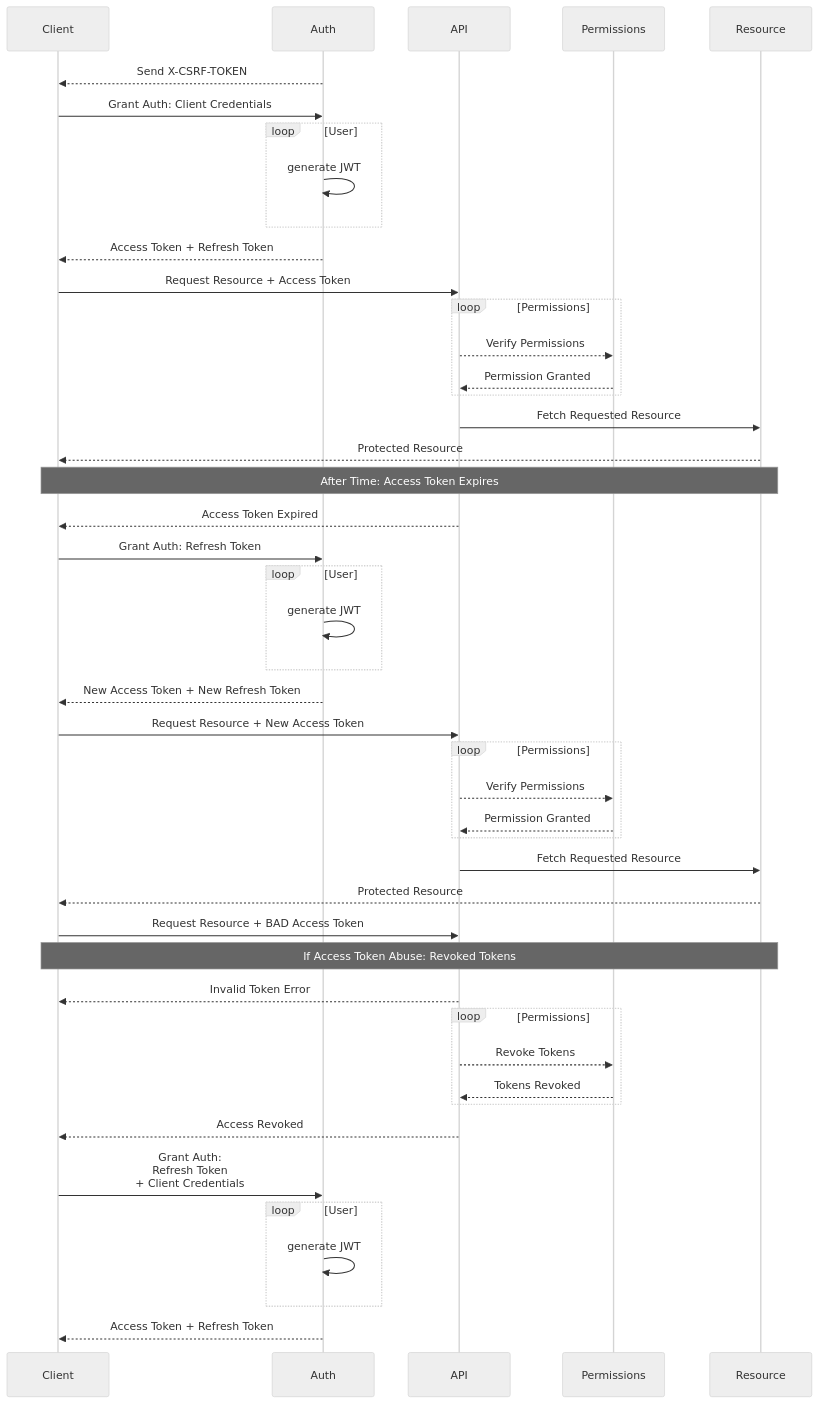
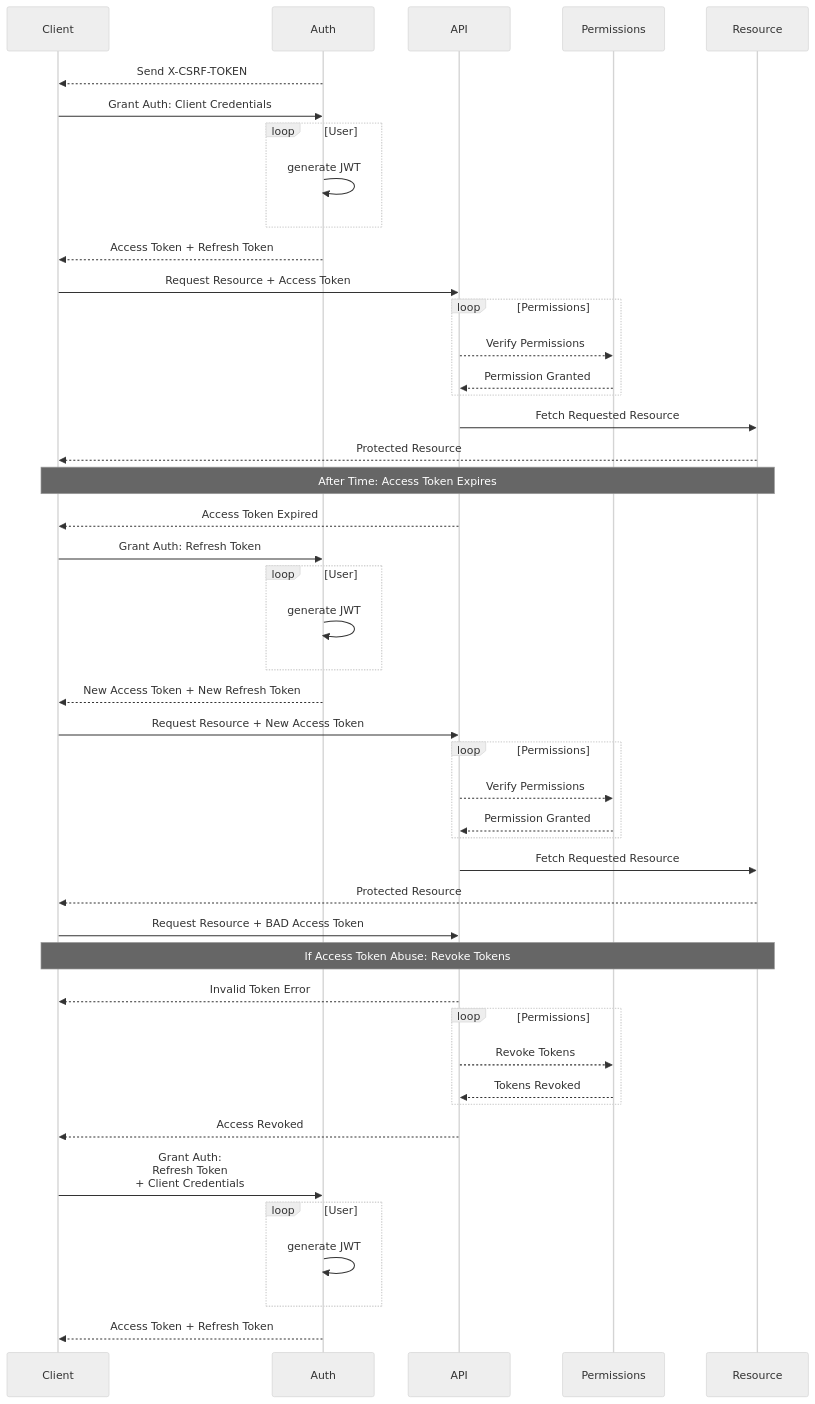
The diagram in SECURITY.md (joeygrable94/GCAPI), drawn with Mermaid (neutral theme) before and after one commit. The commit also changed other lines of this file and 4 other files, not shown here.

```diff
--- a/SECURITY.md
+++ b/SECURITY.md
@@ -83,50 +116,50 @@
 ::: mermaid
 sequenceDiagram
     participant Client
     participant Auth
     participant API
     participant Permissions
     participant Resource
     Auth-->>Client: Send X-CSRF-TOKEN
     Client->>Auth: Grant Auth: Client Credentials
     loop User
         Auth->>Auth: generate JWT
     end
     Auth-->>Client: Access Token + Refresh Token
     Client->>API: Request Resource + Access Token
     loop Permissions
         API-->>Permissions: Verify Permissions
         Permissions-->>API: Permission Granted
     end
     API->>Resource: Fetch Requested Resource
     Resource-->>Client: Protected Resource
 
     Note over Client,Resource: After Time: Access Token Expires
     API-->>Client: Access Token Expired
     Client->>Auth: Grant Auth: Refresh Token
     loop User
         Auth->>Auth: generate JWT
     end
     Auth-->>Client: New Access Token + New Refresh Token
 
     Client->>API: Request Resource + New Access Token
     loop Permissions
         API-->>Permissions: Verify Permissions
         Permissions-->>API: Permission Granted
     end
     API->>Resource: Fetch Requested Resource
     Resource-->>Client: Protected Resource
     Client->>API: Request Resource + BAD Access Token
-    Note over Client,Resource: If Access Token Abuse: Revoked Tokens
+    Note over Client,Resource: If Access Token Abuse: Revoke Tokens
     API-->>Client: Invalid Token Error
     loop Permissions
         API-->>Permissions: Revoke Tokens
         Permissions-->>API: Tokens Revoked
     end
     API-->>Client: Access Revoked
     Client->>Auth: Grant Auth:<br/>Refresh Token<br/>+ Client Credentials
     loop User
         Auth->>Auth: generate JWT
     end
     Auth-->>Client: Access Token + Refresh Token
 :::
```
